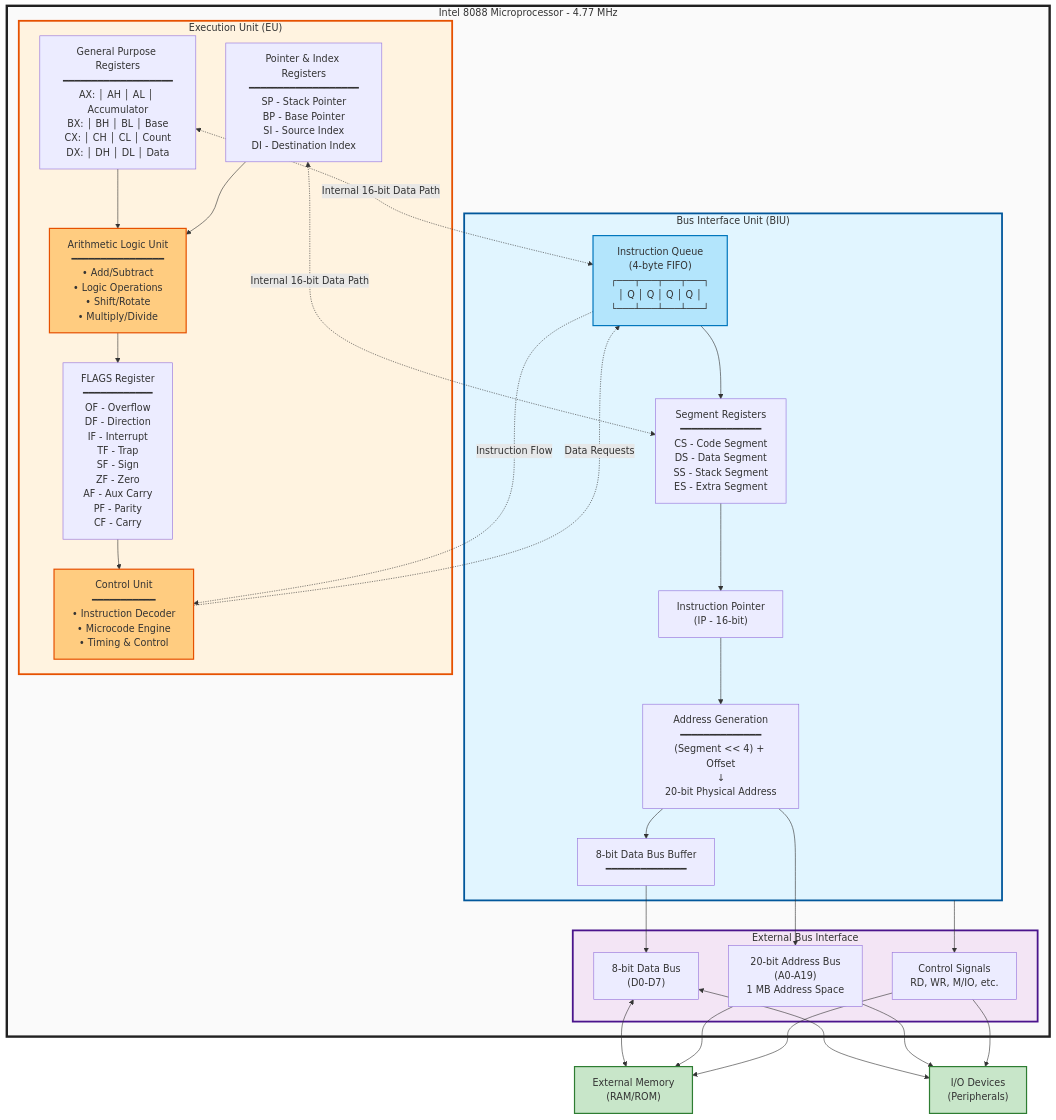
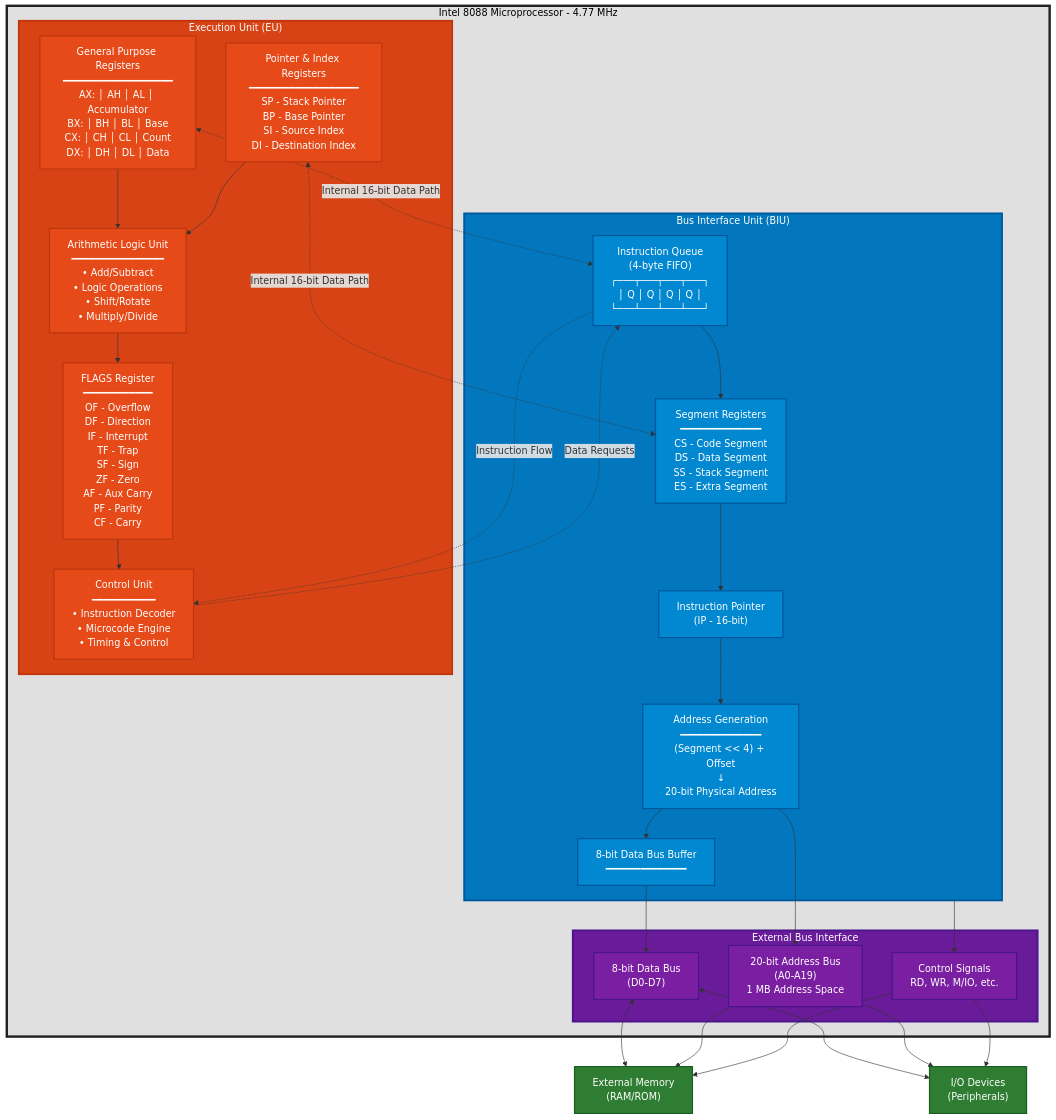
One commit to dreamldx/dreamldx.github.io changed the diagram in _posts/2025-11-03-ibm-pc-8088-architecture.md. Above: the diagram before and after it, drawn with Mermaid.

Commit message:
Improve Mermaid diagram contrast for better readability
- Change to darker backgrounds with white text
- BIU: Dark blue (#0277bd) with white text
- EU: Dark orange/red (#d84315) with white text
- External Bus: Dark purple (#6a1b9a) with white text
- Memory/IO: Dark green (#2e7d32) with white text
- All component boxes styled individually for consistency
- Much better text visibility and accessibility

````diff
--- a/_posts/2025-11-03-ibm-pc-8088-architecture.md
+++ b/_posts/2025-11-03-ibm-pc-8088-architecture.md
@@ -119,13 +119,23 @@
     CtrlSig --> Memory
     CtrlSig --> IO
 
-    style BIU fill:#e1f5ff,stroke:#01579b,stroke-width:3px
-    style EU fill:#fff3e0,stroke:#e65100,stroke-width:3px
-    style ExtBus fill:#f3e5f5,stroke:#4a148c,stroke-width:3px
-    style CPU fill:#fafafa,stroke:#212121,stroke-width:4px
-    style Queue fill:#b3e5fc,stroke:#0277bd,stroke-width:2px
-    style ALU fill:#ffcc80,stroke:#e65100,stroke-width:2px
-    style Control fill:#ffcc80,stroke:#e65100,stroke-width:2px
-    style Memory fill:#c8e6c9,stroke:#2e7d32,stroke-width:2px
-    style IO fill:#c8e6c9,stroke:#2e7d32,stroke-width:2px
+    style BIU fill:#0277bd,stroke:#01579b,stroke-width:3px,color:#fff
+    style EU fill:#d84315,stroke:#bf360c,stroke-width:3px,color:#fff
+    style ExtBus fill:#6a1b9a,stroke:#4a148c,stroke-width:3px,color:#fff
+    style CPU fill:#e0e0e0,stroke:#212121,stroke-width:4px,color:#000
+    style Queue fill:#0288d1,stroke:#01579b,stroke-width:2px,color:#fff
+    style SegRegs fill:#0288d1,stroke:#01579b,stroke-width:2px,color:#fff
+    style IP fill:#0288d1,stroke:#01579b,stroke-width:2px,color:#fff
+    style AddrGen fill:#0288d1,stroke:#01579b,stroke-width:2px,color:#fff
+    style BusBuffer fill:#0288d1,stroke:#01579b,stroke-width:2px,color:#fff
+    style GenRegs fill:#e64a19,stroke:#bf360c,stroke-width:2px,color:#fff
+    style PtrRegs fill:#e64a19,stroke:#bf360c,stroke-width:2px,color:#fff
+    style ALU fill:#e64a19,stroke:#bf360c,stroke-width:2px,color:#fff
+    style FLAGS fill:#e64a19,stroke:#bf360c,stroke-width:2px,color:#fff
+    style Control fill:#e64a19,stroke:#bf360c,stroke-width:2px,color:#fff
+    style DataBus fill:#7b1fa2,stroke:#4a148c,stroke-width:2px,color:#fff
+    style AddrBus fill:#7b1fa2,stroke:#4a148c,stroke-width:2px,color:#fff
+    style CtrlSig fill:#7b1fa2,stroke:#4a148c,stroke-width:2px,color:#fff
+    style Memory fill:#2e7d32,stroke:#1b5e20,stroke-width:2px,color:#fff
+    style IO fill:#2e7d32,stroke:#1b5e20,stroke-width:2px,color:#fff
 ```
````
